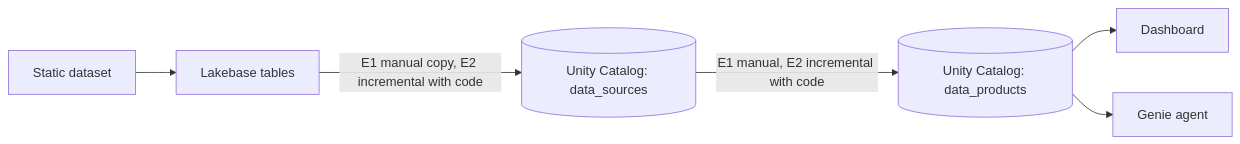
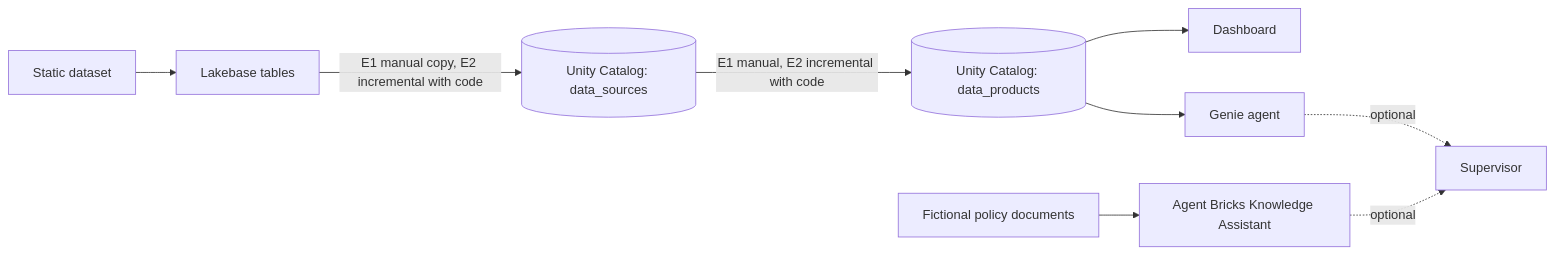
One commit to greeshmapl5/fincrime-genie-demo changed the diagram in docs/architecture.md. Above: the diagram before and after it, drawn with Mermaid. The commit also changed other lines of this file and 6 other files, not shown here.

Commit message:
E1-S9: Add policy assistant demo assets

````diff
--- a/docs/architecture.md
+++ b/docs/architecture.md
@@ -6,8 +6,11 @@
 ```mermaid
 flowchart LR
     A[Static dataset] --> B[Lakebase tables]
     B -->|E1 manual copy, E2 incremental with code| C[(Unity Catalog: data_sources)]
     C -->|E1 manual, E2 incremental with code| D[(Unity Catalog: data_products)]
     D --> E[Dashboard]
     D --> F[Genie agent]
+    G[Fictional policy documents] --> H[Agent Bricks Knowledge Assistant]
+    F -. optional .-> I[Supervisor]
+    H -. optional .-> I
 ```
````
